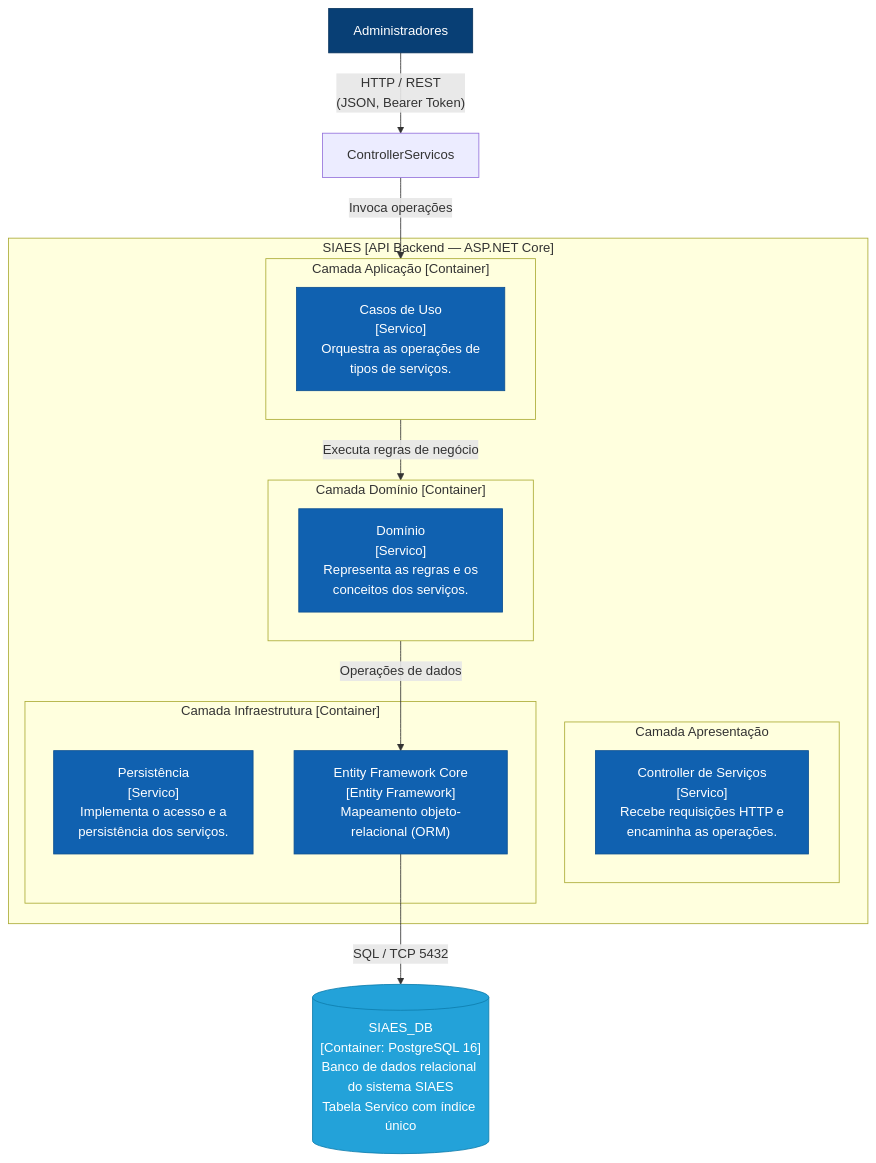
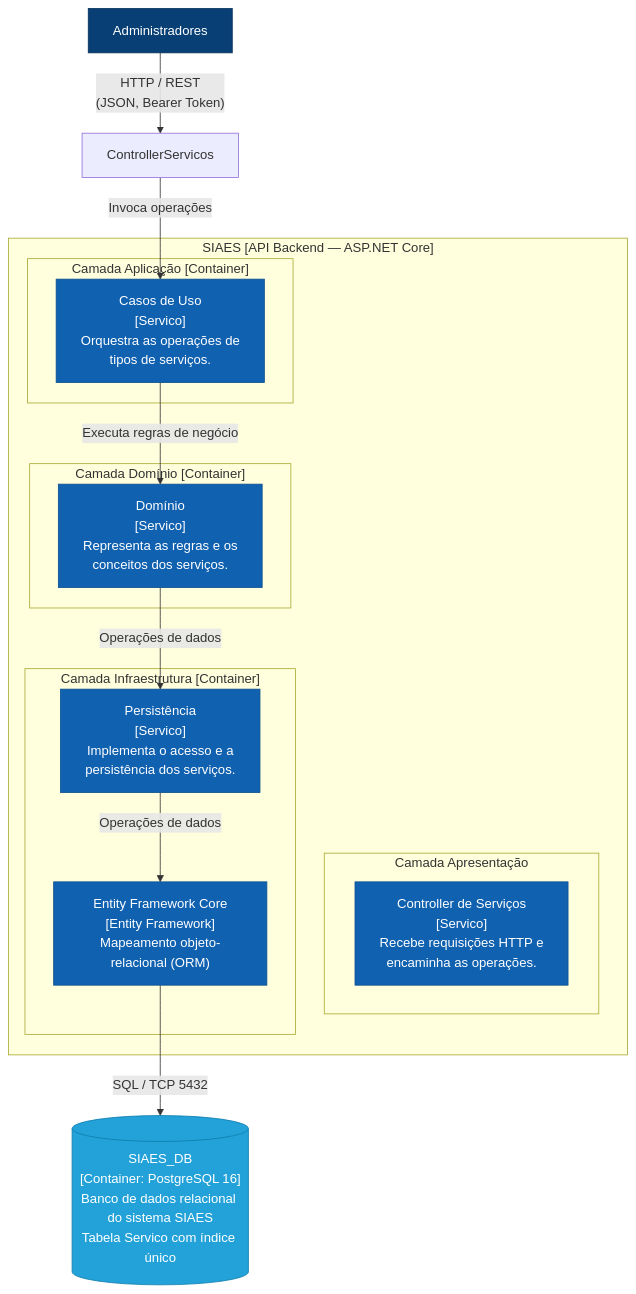
The first of 2 diagrams in docs/architecture/c3-servico.md (marcoswferreira/18SOAT_TechChallenge), drawn with Mermaid before and after one commit.

Commit message:
ajuste na documentacao

````diff
--- a/docs/architecture/c3-servico.md
+++ b/docs/architecture/c3-servico.md
@@ -22,49 +22,51 @@
 ```mermaid
 flowchart TD
     %% Ator / Consumidor
     Usuario["Administradores"]:::person
 
     %% Fronteira do Sistema SIAES (API Backend)
     subgraph SIAESBoundary ["SIAES [API Backend — ASP.NET Core]"]
         
         %% Camada de Apresentação
         subgraph CamadaApresentacao ["Camada Apresentação"]
             ControllerServico["Controller de Serviços\n[Servico]\nRecebe requisições HTTP e\nencaminha as operações."]:::component
         end
 
         %% Camada Aplicação
         subgraph CamadaAplicacao ["Camada Aplicação [Container]"]
             CasosUsoServicos["Casos de Uso\n[Servico]\nOrquestra as operações de\ntipos de serviços."]:::component
         end
 
         %% Camada Domínio
         subgraph CamadaDominio ["Camada Domínio [Container]"]
-            DominioVeic["Domínio\n[Servico]\nRepresenta as regras e os\nconceitos dos serviços."]:::component
+            DominioServico["Domínio\n[Servico]\nRepresenta as regras e os\nconceitos dos serviços."]:::component
         end
 
         %% Camada Infraestrutura
         subgraph CamadaInfra ["Camada Infraestrutura [Container]"]
             PersistenciaServico["Persistência\n[Servico]\nImplementa o acesso e a\npersistência dos serviços."]:::component
             EFCore["Entity Framework Core\n[Entity Framework]\nMapeamento objeto-relacional (ORM)"]:::component
         end
     end
 
     %% Banco de Dados Externo
     DB[("SIAES_DB\n[Container: PostgreSQL 16]\nBanco de dados relacional do sistema SIAES\nTabela Servico com índice único")]:::db
 
     %% Relações e Fluxo (exatamente conforme o modelo C3)
     Usuario -->|"HTTP / REST\n(JSON, Bearer Token)"| ControllerServicos
 
-    ControllerServicos -->|"Invoca operações"| CamadaAplicacao
+    ControllerServicos -->|"Invoca operações"| CasosUsoServicos
 
-    CamadaAplicacao -->|"Executa regras de negócio"| CamadaDominio
+    CasosUsoServicos -->|"Executa regras de negócio"| DominioServico
   
-    CamadaDominio -->|"Operações de dados"| EFCore
+    DominioServico -->|"Operações de dados"| PersistenciaServico
+
+    PersistenciaServico -->|"Operações de dados"| EFCore
    
     EFCore -->|"SQL / TCP 5432"| DB
 
     %% Estilos visuais C4 (alinhados ao Draw.io)
     classDef person fill:#083F75,stroke:#06315C,color:#ffffff;
     classDef component fill:#1061B0,stroke:#0D5091,color:#ffffff;
     classDef db fill:#23A2D9,stroke:#0E7DAD,color:#ffffff;
 ```
````
